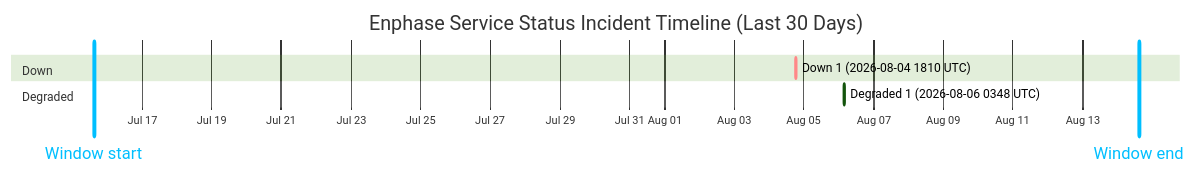
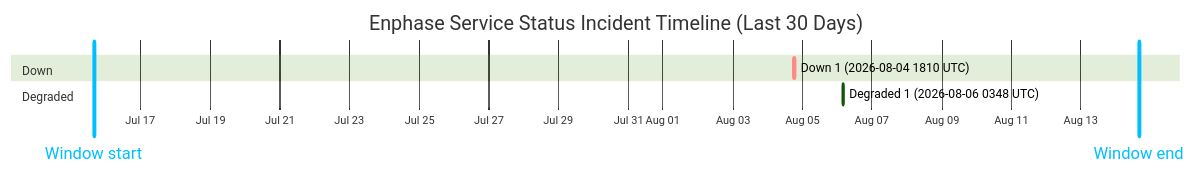
One commit to barneyonline/ha-enphase-energy changed the diagram in wiki/Service-Status-History.md. Above: the diagram before and after it, drawn with Mermaid (forest theme). The commit also changed other lines of this file and 3 other files, not shown here.

````diff
--- a/wiki/Service-Status-History.md
+++ b/wiki/Service-Status-History.md
@@ -14,12 +14,12 @@
 ```mermaid
 gantt
     title Enphase Service Status Incident Timeline (Last 30 Days)
     dateFormat  YYYY-MM-DDTHH:mm:ss
     axisFormat  %b %d
-    Window start :vert, window-start, 2026-07-15T14:49:26, 0ms
-    Window end :vert, window-end, 2026-08-14T14:49:26, 0ms
+    Window start :vert, window-start, 2026-07-15T15:49:58, 0ms
+    Window end :vert, window-end, 2026-08-14T15:49:58, 0ms
     section Down
     Down 1 (2026-08-04 1810 UTC) :crit, down-1, 2026-08-04T18:10:46, 60m
     section Degraded
     Degraded 1 (2026-08-06 0348 UTC) :active, degraded-1, 2026-08-06T03:48:14, 60m
 ```
````
